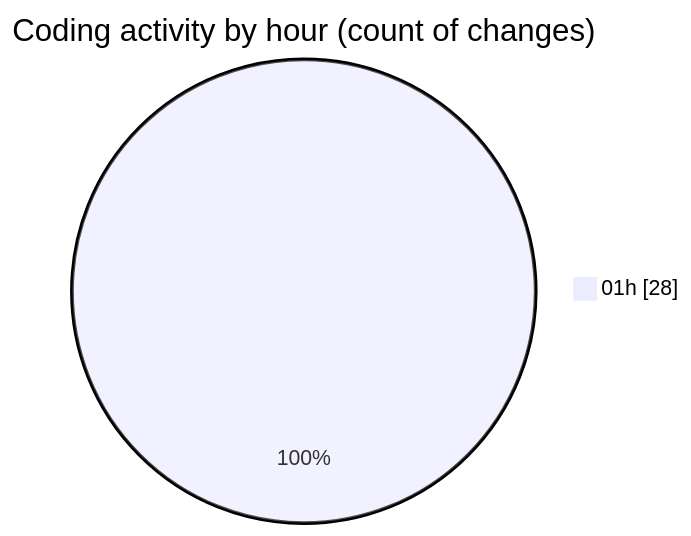
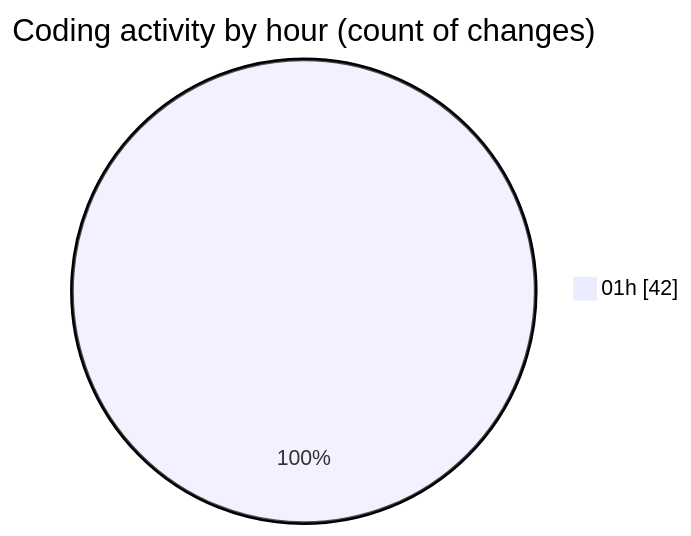
Before and after one commit to lephambinh05/code-tracking: the second of 2 diagrams in 2025-09-02/quanlylink/README.md, drawn with Mermaid. The commit also changed other lines of this file and 1 other file, not shown here.

````diff
--- a/2025-09-02/quanlylink/README.md
+++ b/2025-09-02/quanlylink/README.md
@@ -42,5 +54,5 @@
 ```mermaid
 pie showData
 title Coding activity by hour (count of changes)
-"01h" : 28
+"01h" : 42
 ```
````
